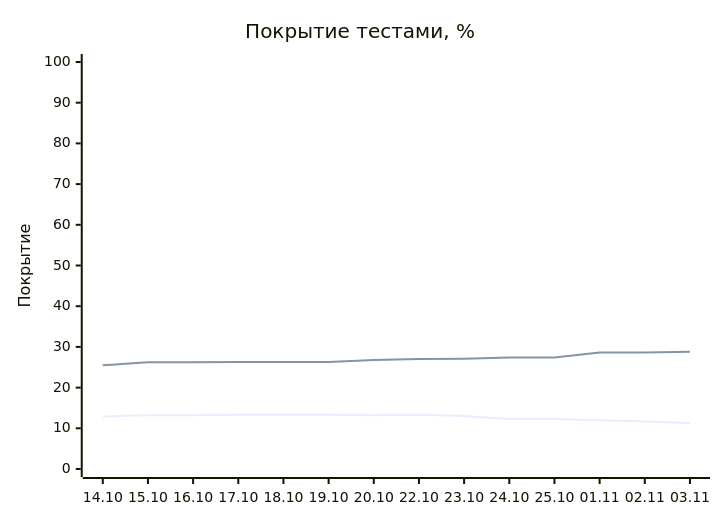
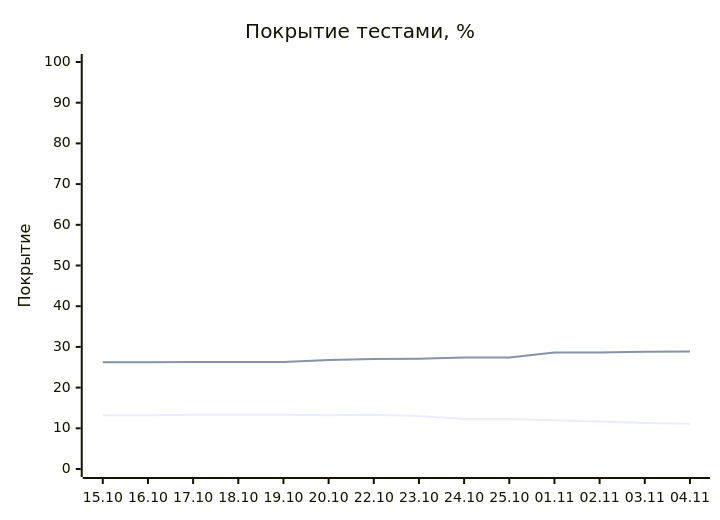
The diagram in README.md (EvgeniBondarev/coverage-report), drawn with Mermaid before and after one commit. The commit also changed other lines of this file and 3354 other files, not shown here.

````diff
--- a/README.md
+++ b/README.md
@@ -19,8 +19,8 @@
 ```mermaid
 xychart-beta
     title "Покрытие тестами, %"
-    x-axis ["14.10", "15.10", "16.10", "17.10", "18.10", "19.10", "20.10", "22.10", "23.10", "24.10", "25.10", "01.11", "02.11", "03.11"]
+    x-axis ["15.10", "16.10", "17.10", "18.10", "19.10", "20.10", "22.10", "23.10", "24.10", "25.10", "01.11", "02.11", "03.11", "04.11"]
     y-axis "Покрытие" 0 --> 100
-    line [12.9, 13.2, 13.2, 13.3, 13.3, 13.3, 13.2, 13.3, 13, 12.3, 12.3, 12, 11.7, 11.3]
-    line [25.5, 26.2, 26.2, 26.3, 26.3, 26.3, 26.8, 27, 27.1, 27.4, 27.4, 28.6, 28.6, 28.8]
+    line [13.2, 13.2, 13.3, 13.3, 13.3, 13.2, 13.3, 13, 12.3, 12.3, 12, 11.7, 11.3, 11.1]
+    line [26.2, 26.2, 26.3, 26.3, 26.3, 26.8, 27, 27.1, 27.4, 27.4, 28.6, 28.6, 28.8, 28.9]
 ```
````
